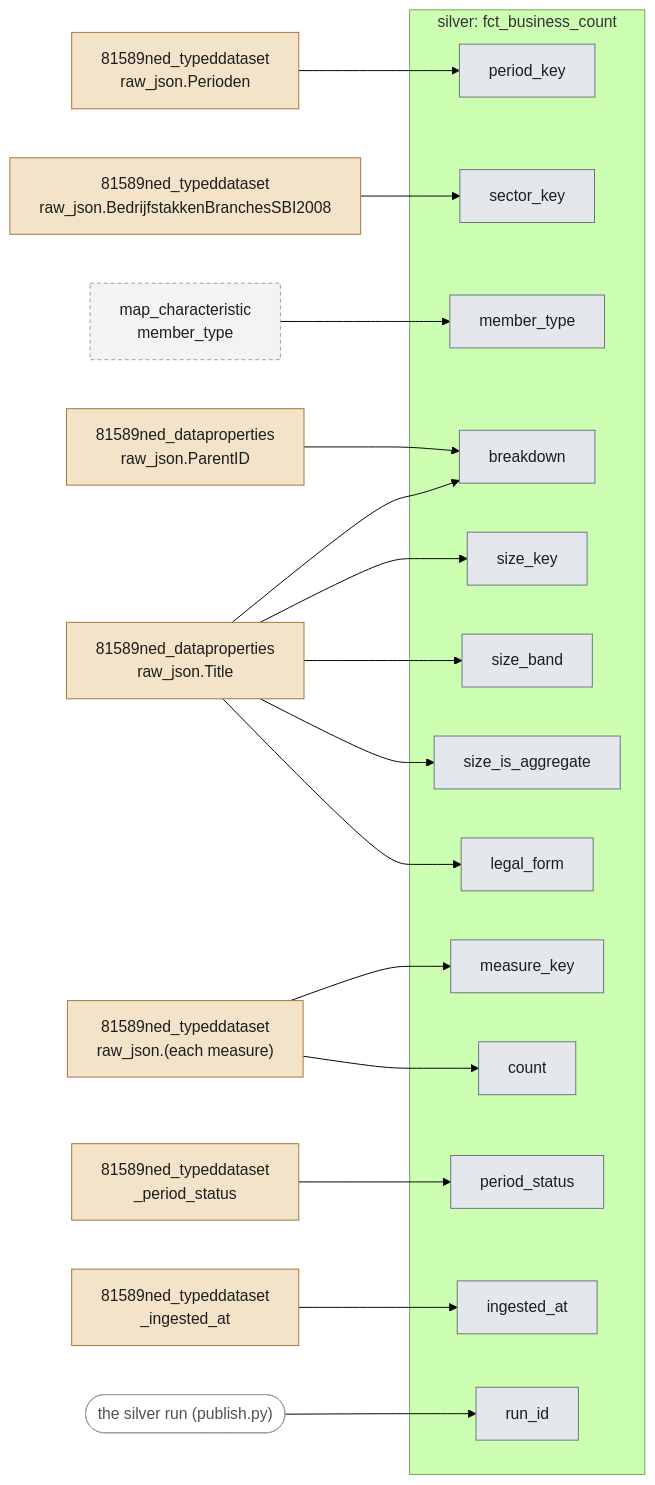
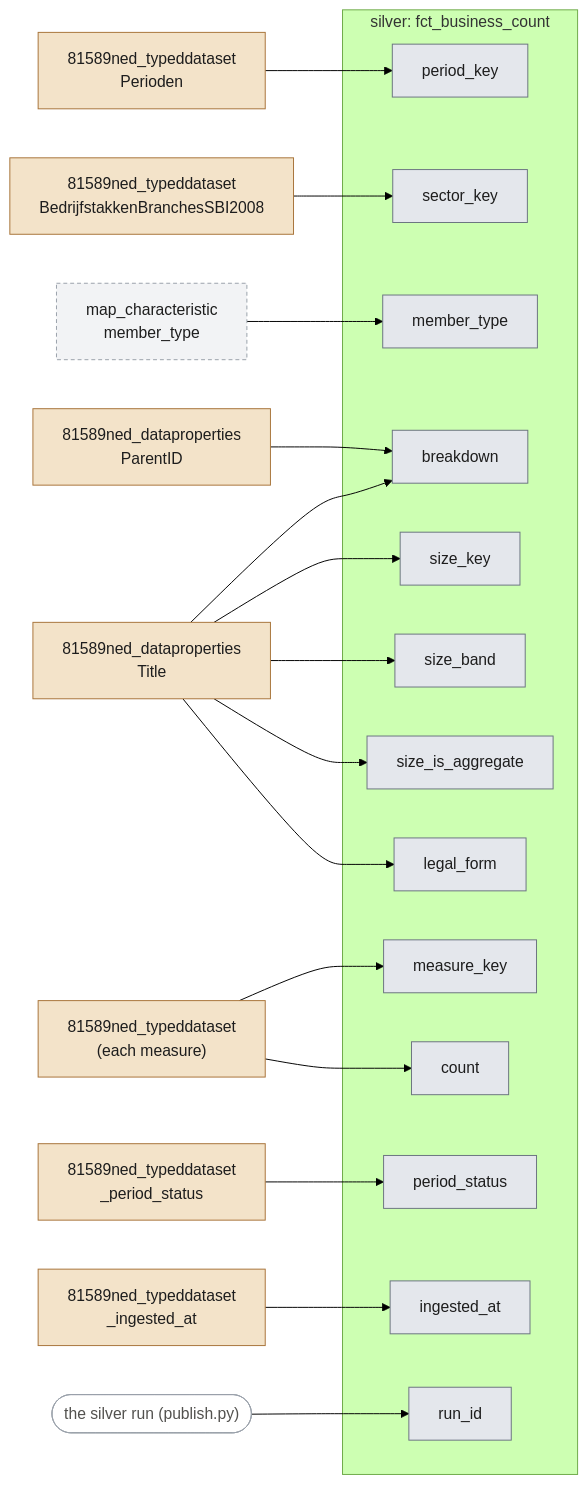
One commit to stefancodecommit/AOV_Lakehouse changed diagram 11 of 13 in docs/lineage.md. Above: the diagram before and after it, drawn with Mermaid (forest theme). The commit also changed other lines of this file and 12 other files, not shown here.

First line of the commit message:
Structured CBS bronze: a column per field next to raw_json

````diff
--- a/docs/lineage.md
+++ b/docs/lineage.md
@@ -582,45 +582,45 @@
 ```mermaid
 flowchart LR
-  n_src_81589ned_dataproperties_raw_json_ParentID["81589ned_dataproperties<br/>raw_json.ParentID"]:::bronze
-  n_src_81589ned_dataproperties_raw_json_Title["81589ned_dataproperties<br/>raw_json.Title"]:::bronze
+  n_src_81589ned_dataproperties_ParentID["81589ned_dataproperties<br/>ParentID"]:::bronze
+  n_src_81589ned_dataproperties_Title["81589ned_dataproperties<br/>Title"]:::bronze
+  n_src_81589ned_typeddataset_BedrijfstakkenBranchesSBI2008["81589ned_typeddataset<br/>BedrijfstakkenBranchesSBI2008"]:::bronze
+  n_src_81589ned_typeddataset_Perioden["81589ned_typeddataset<br/>Perioden"]:::bronze
   n_src_81589ned_typeddataset__ingested_at["81589ned_typeddataset<br/>_ingested_at"]:::bronze
+  n_src_81589ned_typeddataset__measure_["81589ned_typeddataset<br/>(each measure)"]:::bronze
   n_src_81589ned_typeddataset__period_status["81589ned_typeddataset<br/>_period_status"]:::bronze
-  n_src_81589ned_typeddataset_raw_json_BedrijfstakkenBranchesSBI2008["81589ned_typeddataset<br/>raw_json.BedrijfstakkenBranchesSBI2008"]:::bronze
-  n_src_81589ned_typeddataset_raw_json_Perioden["81589ned_typeddataset<br/>raw_json.Perioden"]:::bronze
-  n_src_81589ned_typeddataset_raw_json__measure_["81589ned_typeddataset<br/>raw_json.(each measure)"]:::bronze
   n_src_silver_map_characteristic_member_type["map_characteristic<br/>member_type"]:::silverref
   run(["the silver run (publish.py)"]):::run
   subgraph n_tbl_fct_business_count["silver: fct_business_count"]
     n_col_period_key["period_key"]:::silver
     n_col_sector_key["sector_key"]:::silver
     n_col_member_type["member_type"]:::silver
     n_col_breakdown["breakdown"]:::silver
     n_col_measure_key["measure_key"]:::silver
     n_col_size_key["size_key"]:::silver
     n_col_size_band["size_band"]:::silver
     n_col_size_is_aggregate["size_is_aggregate"]:::silver
     n_col_legal_form["legal_form"]:::silver
     n_col_count["count"]:::silver
     n_col_period_status["period_status"]:::silver
     n_col_ingested_at["ingested_at"]:::silver
     n_col_run_id["run_id"]:::silver
   end
-  n_src_81589ned_typeddataset_raw_json_Perioden --> n_col_period_key
-  n_src_81589ned_typeddataset_raw_json_BedrijfstakkenBranchesSBI2008 --> n_col_sector_key
+  n_src_81589ned_typeddataset_Perioden --> n_col_period_key
+  n_src_81589ned_typeddataset_BedrijfstakkenBranchesSBI2008 --> n_col_sector_key
   n_src_silver_map_characteristic_member_type --> n_col_member_type
-  n_src_81589ned_dataproperties_raw_json_ParentID --> n_col_breakdown
-  n_src_81589ned_dataproperties_raw_json_Title --> n_col_breakdown
-  n_src_81589ned_typeddataset_raw_json__measure_ --> n_col_measure_key
-  n_src_81589ned_dataproperties_raw_json_Title --> n_col_size_key
-  n_src_81589ned_dataproperties_raw_json_Title --> n_col_size_band
-  n_src_81589ned_dataproperties_raw_json_Title --> n_col_size_is_aggregate
-  n_src_81589ned_dataproperties_raw_json_Title --> n_col_legal_form
-  n_src_81589ned_typeddataset_raw_json__measure_ --> n_col_count
+  n_src_81589ned_dataproperties_ParentID --> n_col_breakdown
+  n_src_81589ned_dataproperties_Title --> n_col_breakdown
+  n_src_81589ned_typeddataset__measure_ --> n_col_measure_key
+  n_src_81589ned_dataproperties_Title --> n_col_size_key
+  n_src_81589ned_dataproperties_Title --> n_col_size_band
+  n_src_81589ned_dataproperties_Title --> n_col_size_is_aggregate
+  n_src_81589ned_dataproperties_Title --> n_col_legal_form
+  n_src_81589ned_typeddataset__measure_ --> n_col_count
   n_src_81589ned_typeddataset__period_status --> n_col_period_status
   n_src_81589ned_typeddataset__ingested_at --> n_col_ingested_at
   run --> n_col_run_id
   classDef bronze fill:#f3e3c9,stroke:#a8743a,color:#1d1d1d
   classDef silver fill:#e4e7ec,stroke:#6b7480,color:#1d1d1d
   classDef silverref fill:#f2f3f5,stroke:#9aa1ab,stroke-dasharray:4 3,color:#1d1d1d
   classDef run fill:#ffffff,stroke:#9aa1ab,color:#52514e
 ```
````
